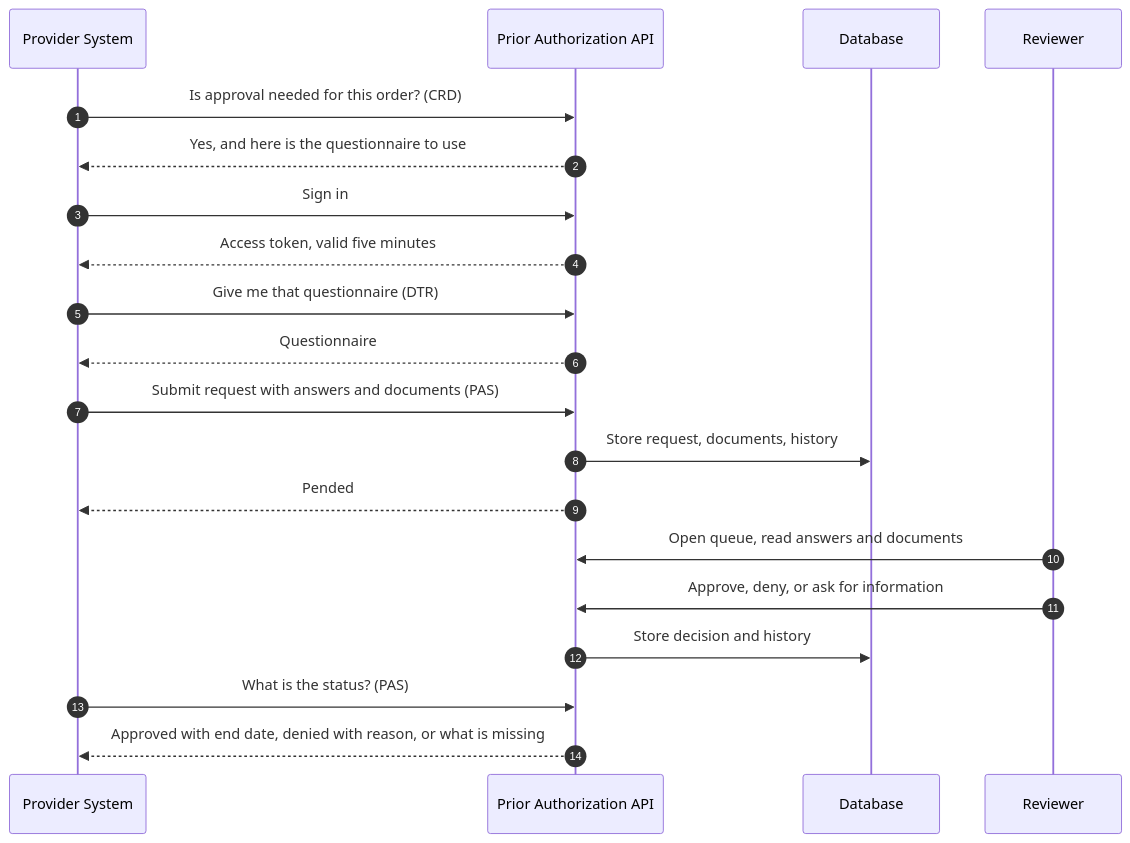
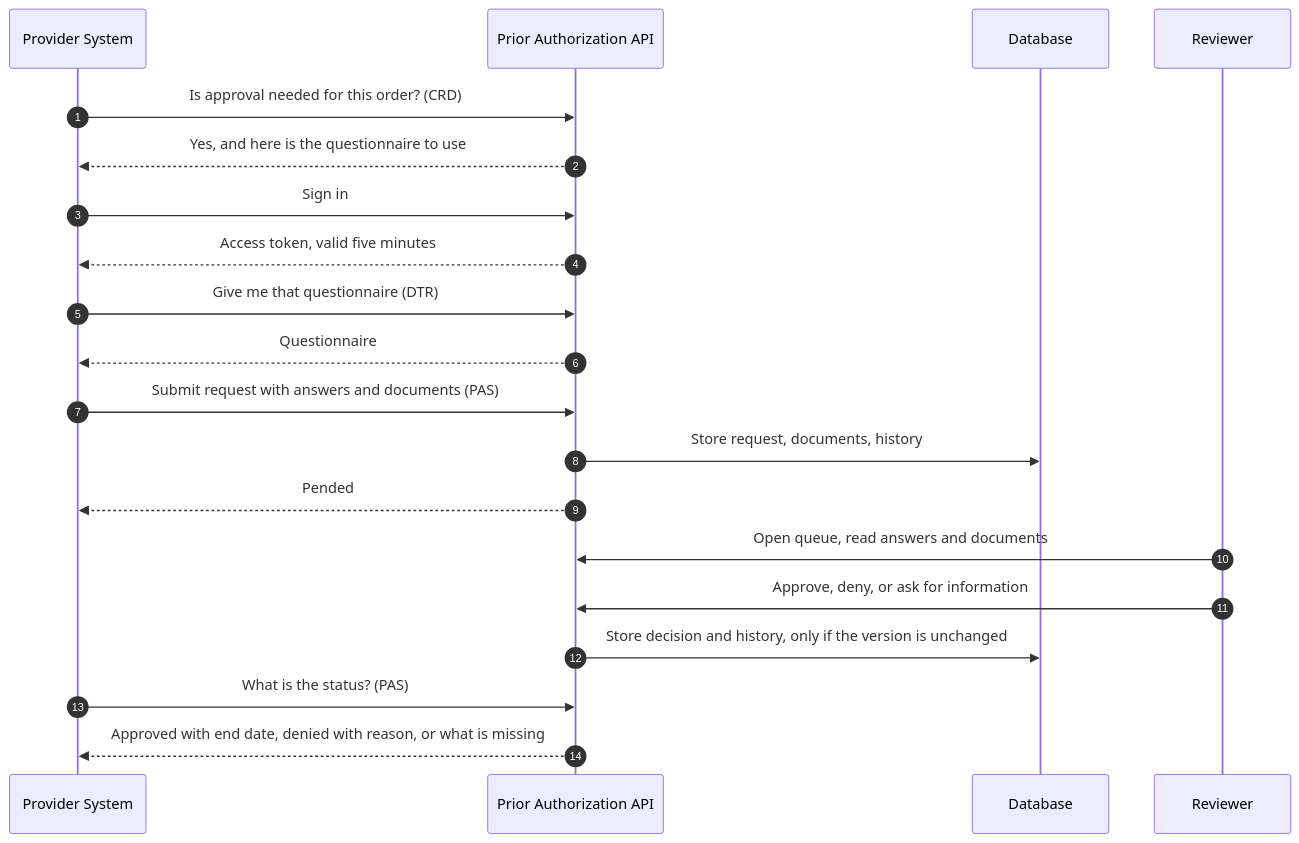
Before and after one commit to tngo0508/prior-auth-api: the third of 8 diagrams in docs/architecture.md, drawn with Mermaid. The commit also changed other lines of this file and 13 other files, not shown here.

````diff
--- a/docs/architecture.md
+++ b/docs/architecture.md
@@ -129,23 +132,23 @@
 ```mermaid
 sequenceDiagram
     autonumber
     participant EHR as Provider System
     participant API as Prior Authorization API
     participant DB as Database
     participant REV as Reviewer
 
     EHR->>API: Is approval needed for this order? (CRD)
     API-->>EHR: Yes, and here is the questionnaire to use
     EHR->>API: Sign in
     API-->>EHR: Access token, valid five minutes
     EHR->>API: Give me that questionnaire (DTR)
     API-->>EHR: Questionnaire
     EHR->>API: Submit request with answers and documents (PAS)
     API->>DB: Store request, documents, history
     API-->>EHR: Pended
     REV->>API: Open queue, read answers and documents
     REV->>API: Approve, deny, or ask for information
-    API->>DB: Store decision and history
+    API->>DB: Store decision and history, only if the version is unchanged
     EHR->>API: What is the status? (PAS)
     API-->>EHR: Approved with end date, denied with reason, or what is missing
 ```
````
